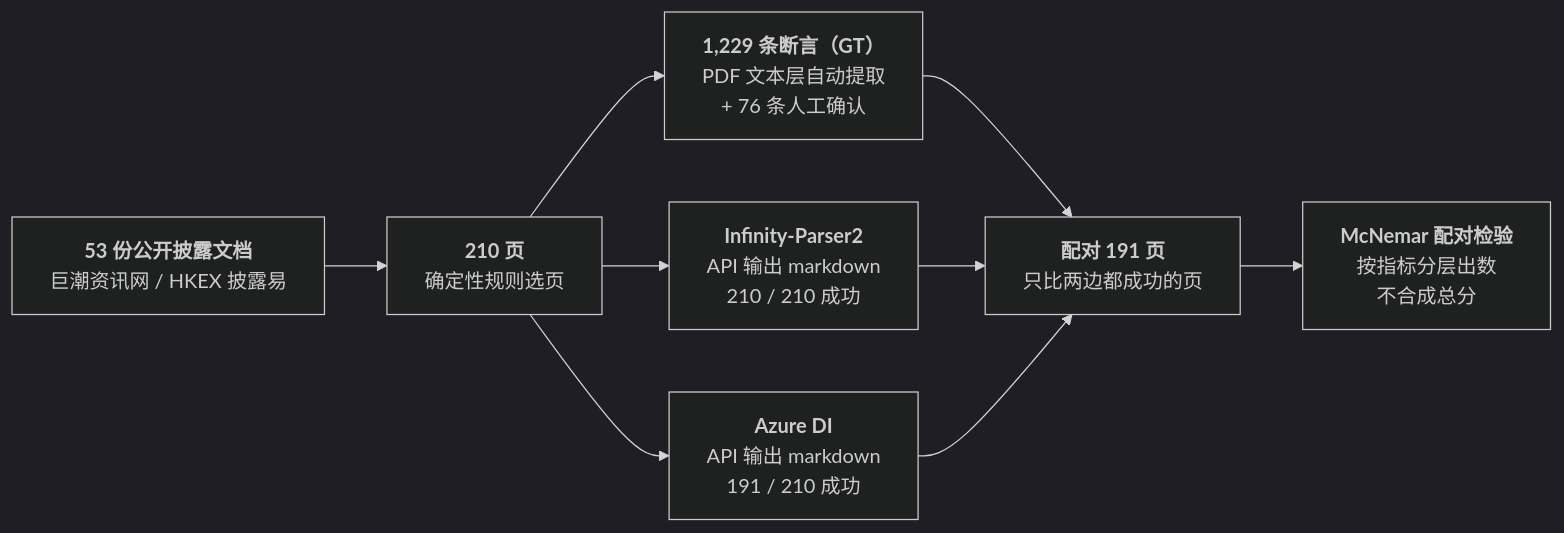
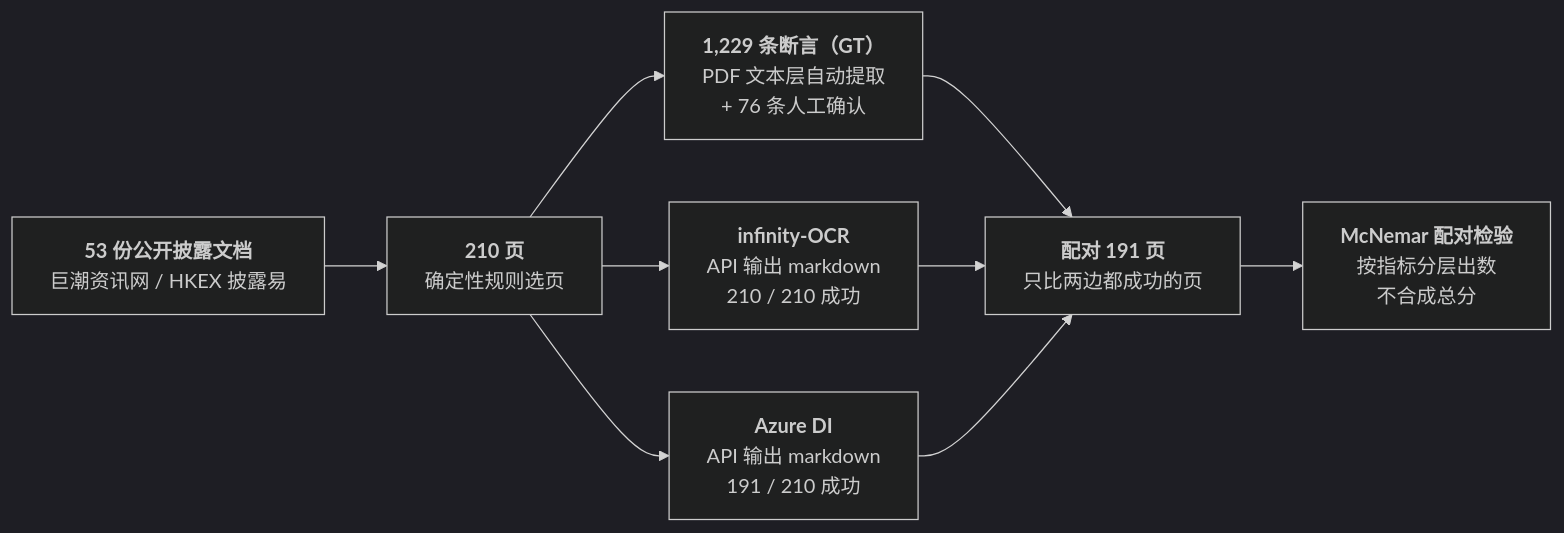
One commit to gejun2008/doc-parser-eval changed the diagram in docs/briefing-deck.md. Above: the diagram before and after it, drawn with Mermaid (dark theme). The commit also changed other lines of this file and 5 other files, not shown here.

First line of the commit message:
Remove POC framing from evaluation report; rename product to infinity-OCR in deliverables

````diff
--- a/docs/briefing-deck.md
+++ b/docs/briefing-deck.md
@@ -76,11 +76,11 @@
 ```mermaid
 flowchart LR
     A["<b>53 份公开披露文档</b><br/>巨潮资讯网 / HKEX 披露易"] --> B["<b>210 页</b><br/>确定性规则选页"]
     B --> C["<b>1,229 条断言（GT）</b><br/>PDF 文本层自动提取<br/>+ 76 条人工确认"]
-    B --> D1["<b>Infinity-Parser2</b><br/>API 输出 markdown<br/>210 / 210 成功"]
+    B --> D1["<b>infinity-OCR</b><br/>API 输出 markdown<br/>210 / 210 成功"]
     B --> D2["<b>Azure DI</b><br/>API 输出 markdown<br/>191 / 210 成功"]
     C --> E
     D1 --> E["<b>配对 191 页</b><br/>只比两边都成功的页"]
     D2 --> E
     E --> F["<b>McNemar 配对检验</b><br/>按指标分层出数<br/>不合成总分"]
 ```
````
